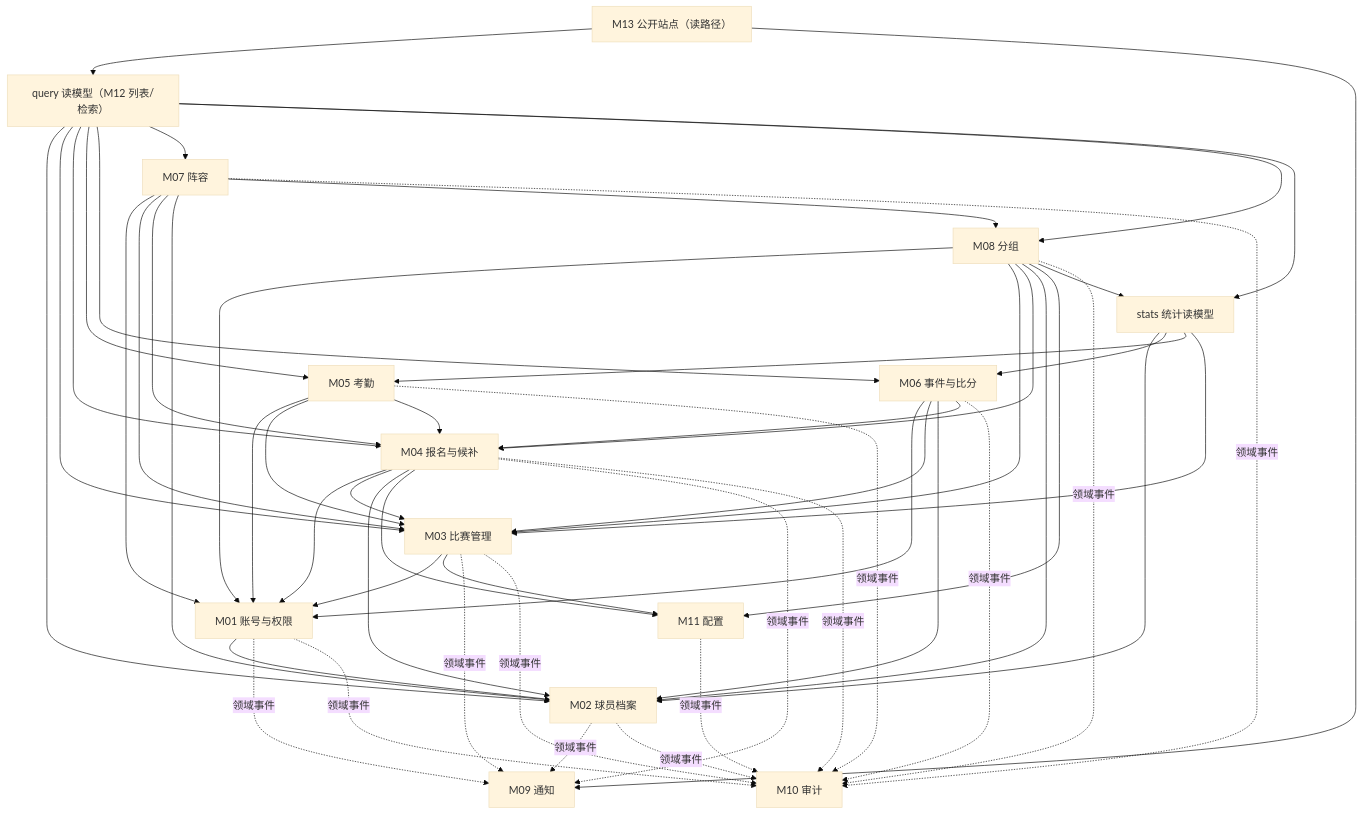
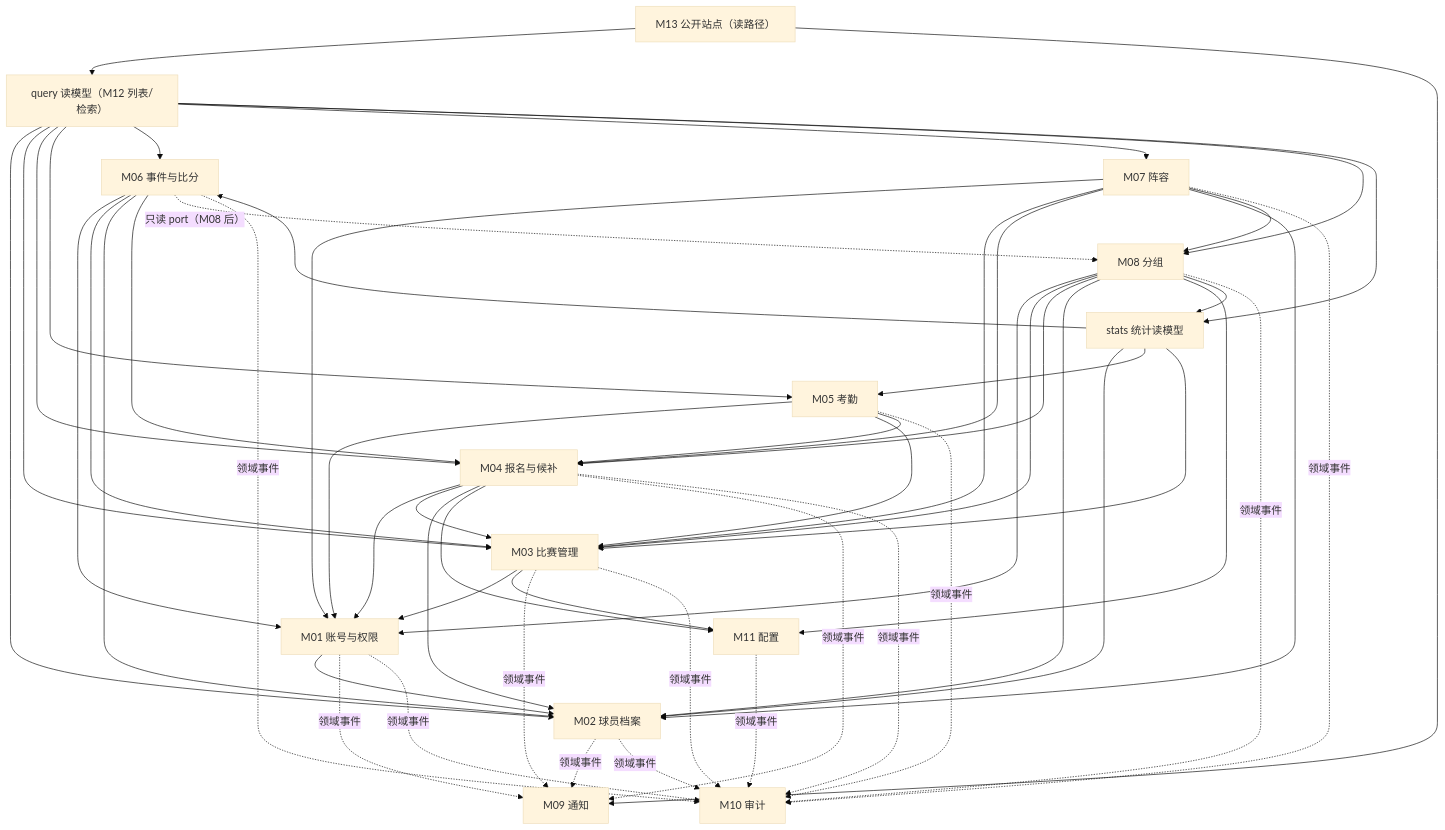
The second of 7 diagrams in docs/design/03.整体架构设计.md (zhouyacheng/yunhefc), drawn with Mermaid (base theme) before and after one commit. The commit also changed other lines of this file and 16 other files, not shown here.

Commit message:
docs: sync design docs, rules, prototype and schema with implementation

````diff
--- a/docs/design/03.整体架构设计.md
+++ b/docs/design/03.整体架构设计.md
@@ -169,74 +168,75 @@
 ```mermaid
 flowchart TD
   Auth["M01 账号与权限"]
   Player["M02 球员档案"]
   Match["M03 比赛管理"]
   Reg["M04 报名与候补"]
   Att["M05 考勤"]
   Event["M06 事件与比分"]
   Lineup["M07 阵容"]
   Grouping["M08 分组"]
   Notify["M09 通知"]
   Audit["M10 审计"]
   Config["M11 配置"]
   Stats["stats 统计读模型"]
   Query["query 读模型（M12 列表/检索）"]
   Web["M13 公开站点（读路径）"]
 
   Auth --> Player
 
   Match --> Auth
   Reg --> Auth
   Att --> Auth
   Event --> Auth
   Lineup --> Auth
   Grouping --> Auth
 
   Reg --> Match
   Reg --> Player
   Reg --> Config
   Match --> Config
   Att --> Match
   Att --> Reg
   Event --> Match
   Event --> Player
   Event --> Reg
+  Event -.->|只读 port（M08 后）| Grouping
   Lineup --> Match
   Lineup --> Reg
   Lineup --> Player
   Lineup --> Grouping
   Grouping --> Match
   Grouping --> Reg
   Grouping --> Player
   Grouping --> Config
   Grouping --> Stats
 
   Stats --> Player
   Stats --> Event
   Stats --> Att
   Stats --> Match
   Query --> Player
   Query --> Match
   Query --> Reg
   Query --> Att
   Query --> Event
   Query --> Lineup
   Query --> Grouping
   Query --> Stats
   Web --> Query
   Web --> Notify
 
   Auth -.->|领域事件| Notify
   Player -.->|领域事件| Notify
   Match -.->|领域事件| Notify
   Reg -.->|领域事件| Notify
   Auth -.->|领域事件| Audit
   Player -.->|领域事件| Audit
   Match -.->|领域事件| Audit
   Reg -.->|领域事件| Audit
   Att -.->|领域事件| Audit
   Event -.->|领域事件| Audit
   Lineup -.->|领域事件| Audit
   Grouping -.->|领域事件| Audit
   Config -.->|领域事件| Audit
 ```
````
